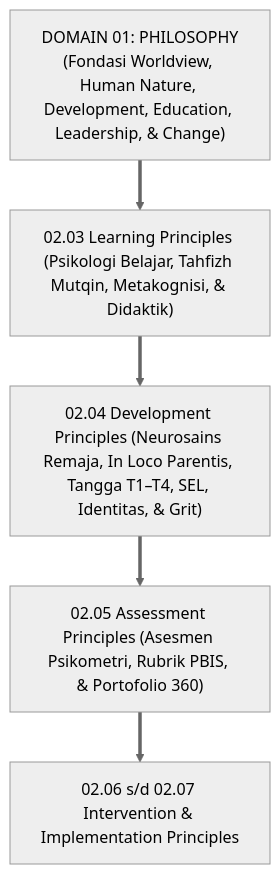
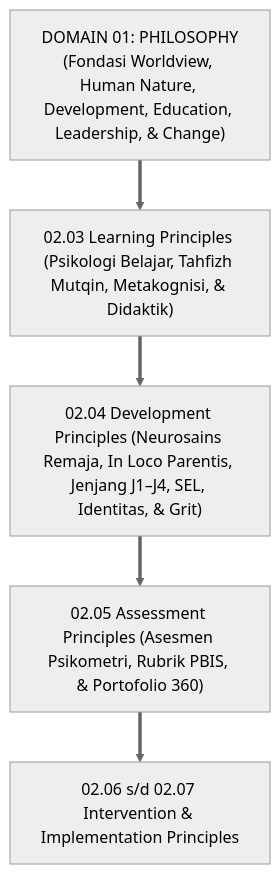
Before and after one commit to wandiapriliyandi/tumbuh: the first of 3 diagrams in 02 Principles/04 Development Principles/P2-04-Prinsip-Perkembangan-Santri-TUMBUH.md, drawn with Mermaid (neutral theme). The commit also changed other lines of this file and 209 other files, not shown here.

````diff
--- a/02 Principles/04 Development Principles/P2-04-Prinsip-Perkembangan-Santri-TUMBUH.md
+++ b/02 Principles/04 Development Principles/P2-04-Prinsip-Perkembangan-Santri-TUMBUH.md
@@ -50,11 +50,11 @@
 ```mermaid
 graph TD
     D1["DOMAIN 01: PHILOSOPHY<br/>(Fondasi Worldview, Human Nature, Development, Education, Leadership, & Change)"]
     ==> D2_03["02.03 Learning Principles (Psikologi Belajar, Tahfizh Mutqin, Metakognisi, & Didaktik)"]
     
-    D2_03 ==> D2_04["02.04 Development Principles (Neurosains Remaja, In Loco Parentis, Tangga T1–T4, SEL, Identitas, & Grit)"]
+    D2_03 ==> D2_04["02.04 Development Principles (Neurosains Remaja, In Loco Parentis, Jenjang J1–J4, SEL, Identitas, & Grit)"]
     
     D2_04 ==> D2_05["02.05 Assessment Principles (Asesmen Psikometri, Rubrik PBIS, & Portofolio 360)"]
     
     D2_05 ==> D2_Others["02.06 s/d 02.07 Intervention & Implementation Principles"]
 ```
````
